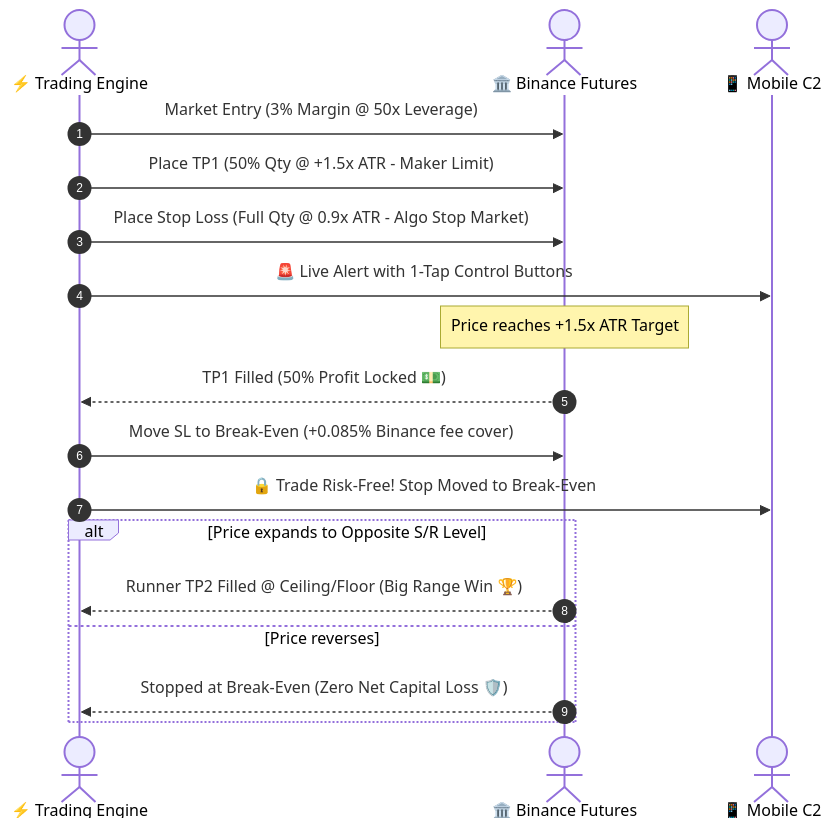
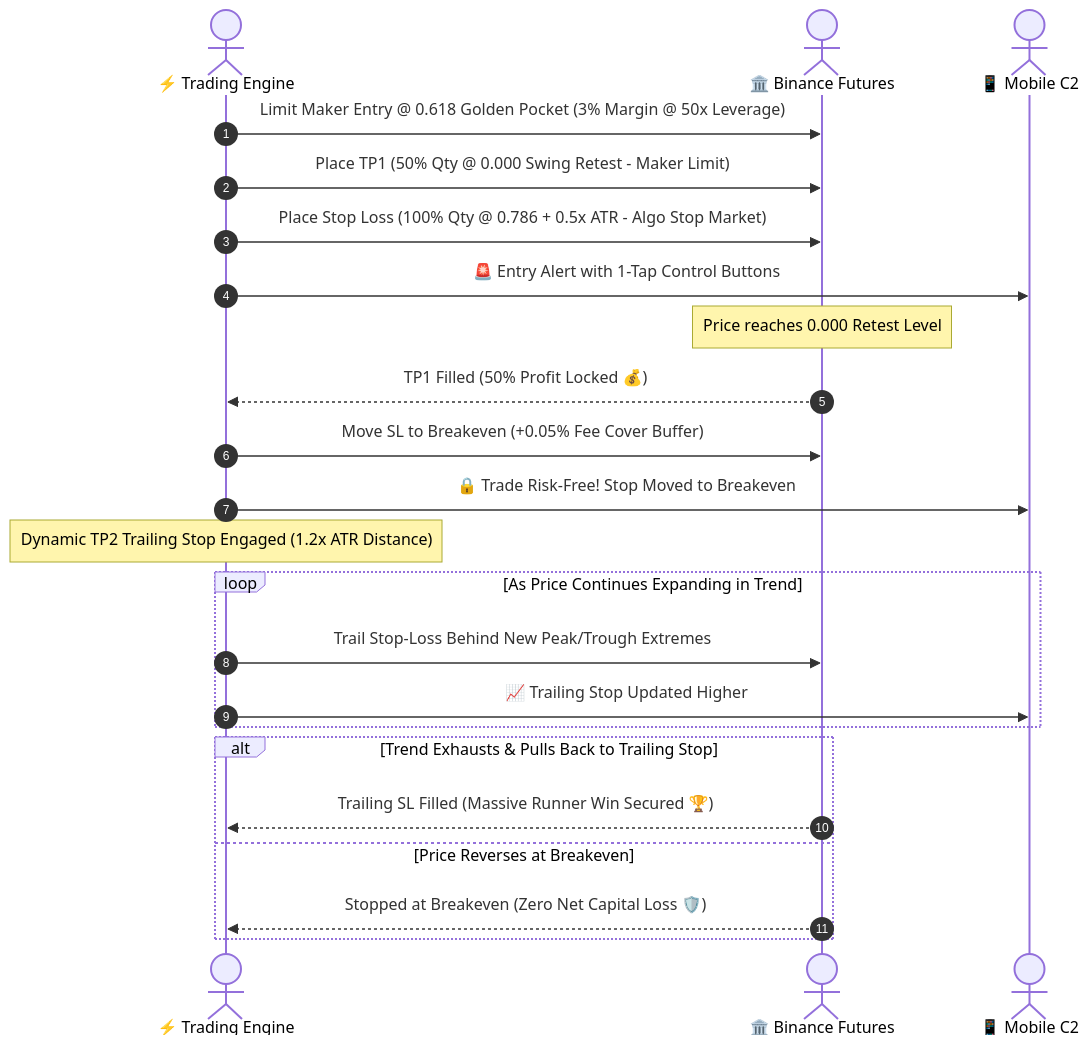
One commit to charom11/Ensemble-bot changed the second of 2 diagrams in README.md. Above: the diagram before and after it, drawn with Mermaid. The commit also changed other lines of this file and 3 other files, not shown here.

Commit message:
feat: implement production-hardened weather ensemble trading agent with circuit breaker and dynamic ATR sizing

````diff
--- a/README.md
+++ b/README.md
@@ -99,23 +110,29 @@
 ```mermaid
 sequenceDiagram
     autonumber
     actor Bot as ⚡ Trading Engine
     actor Binance as 🏛️ Binance Futures
     actor Telegram as 📱 Mobile C2
 
-    Bot->>Binance: Market Entry (3% Margin @ 50x Leverage)
-    Bot->>Binance: Place TP1 (50% Qty @ +1.5x ATR - Maker Limit)
-    Bot->>Binance: Place Stop Loss (Full Qty @ 0.9x ATR - Algo Stop Market)
-    Bot->>Telegram: 🚨 Live Alert with 1-Tap Control Buttons
+    Bot->>Binance: Limit Maker Entry @ 0.618 Golden Pocket (3% Margin @ 50x Leverage)
+    Bot->>Binance: Place TP1 (50% Qty @ 0.000 Swing Retest - Maker Limit)
+    Bot->>Binance: Place Stop Loss (100% Qty @ 0.786 + 0.5x ATR - Algo Stop Market)
+    Bot->>Telegram: 🚨 Entry Alert with 1-Tap Control Buttons
 
-    Note over Binance: Price reaches +1.5x ATR Target
-    Binance-->>Bot: TP1 Filled (50% Profit Locked 💵)
-    Bot->>Binance: Move SL to Break-Even (+0.085% Binance fee cover)
-    Bot->>Telegram: 🔒 Trade Risk-Free! Stop Moved to Break-Even
+    Note over Binance: Price reaches 0.000 Retest Level
+    Binance-->>Bot: TP1 Filled (50% Profit Locked 💰)
+    Bot->>Binance: Move SL to Breakeven (+0.05% Fee Cover Buffer)
+    Bot->>Telegram: 🔒 Trade Risk-Free! Stop Moved to Breakeven
 
-    alt Price expands to Opposite S/R Level
-        Binance-->>Bot: Runner TP2 Filled @ Ceiling/Floor (Big Range Win 🏆)
-    else Price reverses
-        Binance-->>Bot: Stopped at Break-Even (Zero Net Capital Loss 🛡️)
+    Note over Bot: Dynamic TP2 Trailing Stop Engaged (1.2x ATR Distance)
+    loop As Price Continues Expanding in Trend
+        Bot->>Binance: Trail Stop-Loss Behind New Peak/Trough Extremes
+        Bot->>Telegram: 📈 Trailing Stop Updated Higher
+    end
+
+    alt Trend Exhausts & Pulls Back to Trailing Stop
+        Binance-->>Bot: Trailing SL Filled (Massive Runner Win Secured 🏆)
+    else Price Reverses at Breakeven
+        Binance-->>Bot: Stopped at Breakeven (Zero Net Capital Loss 🛡️)
     end
 ```
````
